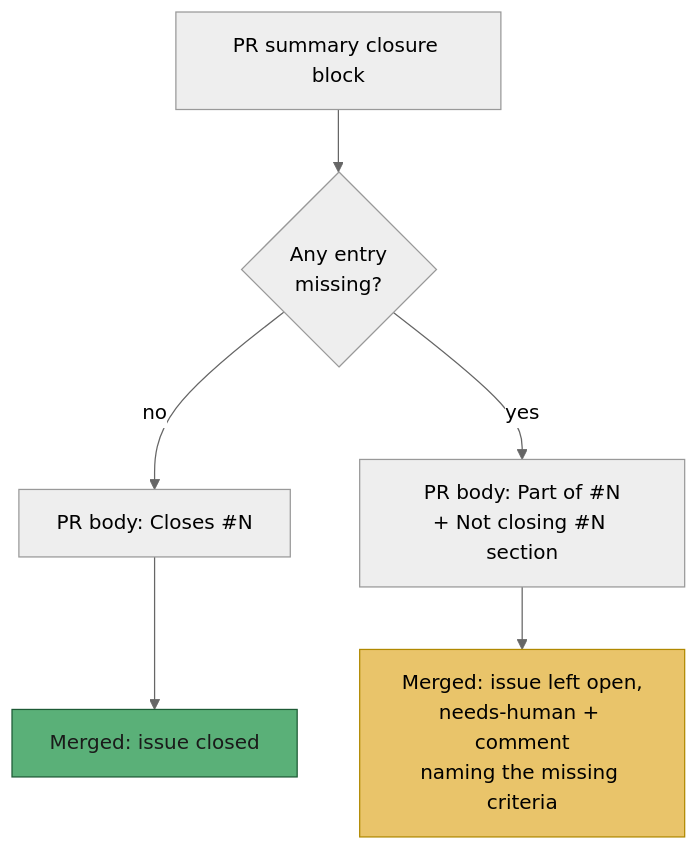
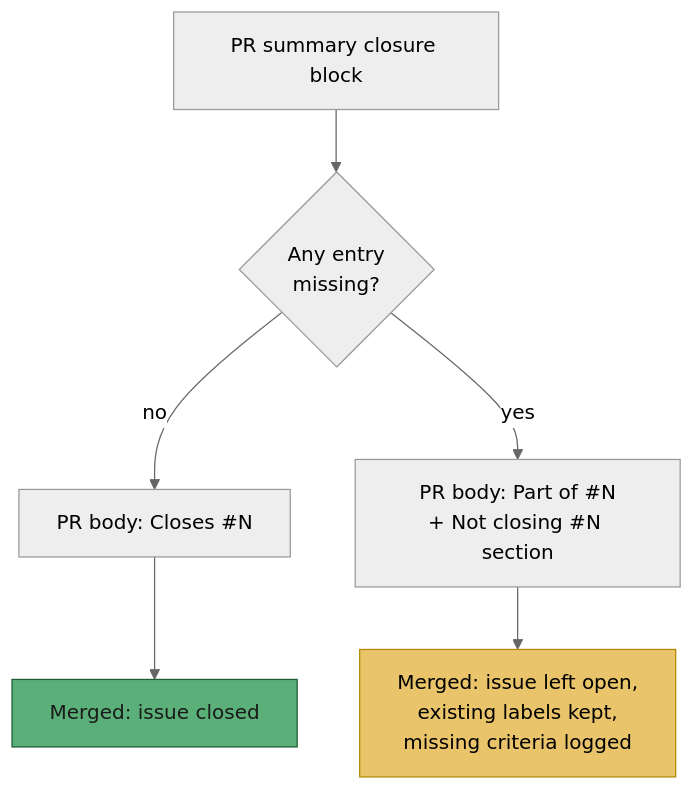
Diagram 14 of 25 in docs/workflows/issue-processing.md (stSoftwareAU/VibeCoder), drawn with Mermaid (neutral theme) before and after one commit. The commit also changed other lines of this file and 13 other files, not shown here.

````diff
--- a/docs/workflows/issue-processing.md
+++ b/docs/workflows/issue-processing.md
@@ -1070,10 +1078,10 @@
 ```mermaid
 flowchart TD
     S["PR summary closure block"] --> M{"Any entry<br/>missing?"}
     M -->|no| C["PR body: Closes #N"]
     M -->|yes| P["PR body: Part of #N<br/>+ Not closing #N section"]
     C --> X["Merged: issue closed"]
-    P --> H["Merged: issue left open,<br/>needs-human + comment<br/>naming the missing criteria"]
+    P --> H["Merged: issue left open,<br/>existing labels kept,<br/>missing criteria logged"]
     style X fill:#5ab078,stroke:#1d5a35,color:#1a1a1a
     style H fill:#e9c46a,stroke:#b08900,color:#000
 ```
````
